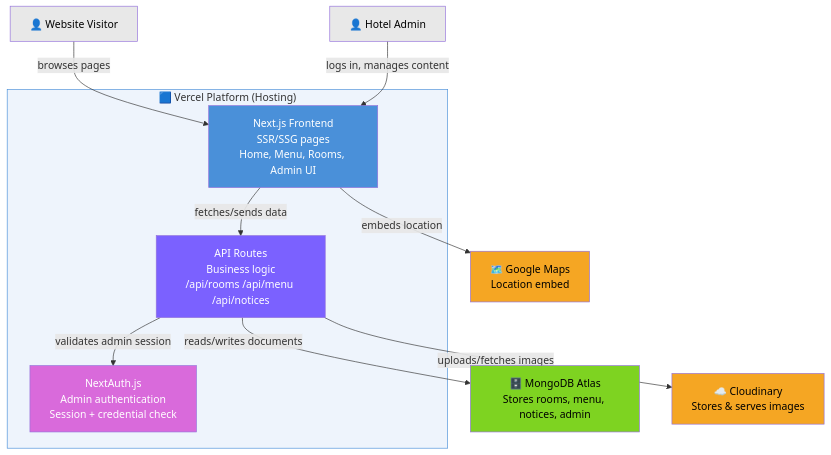
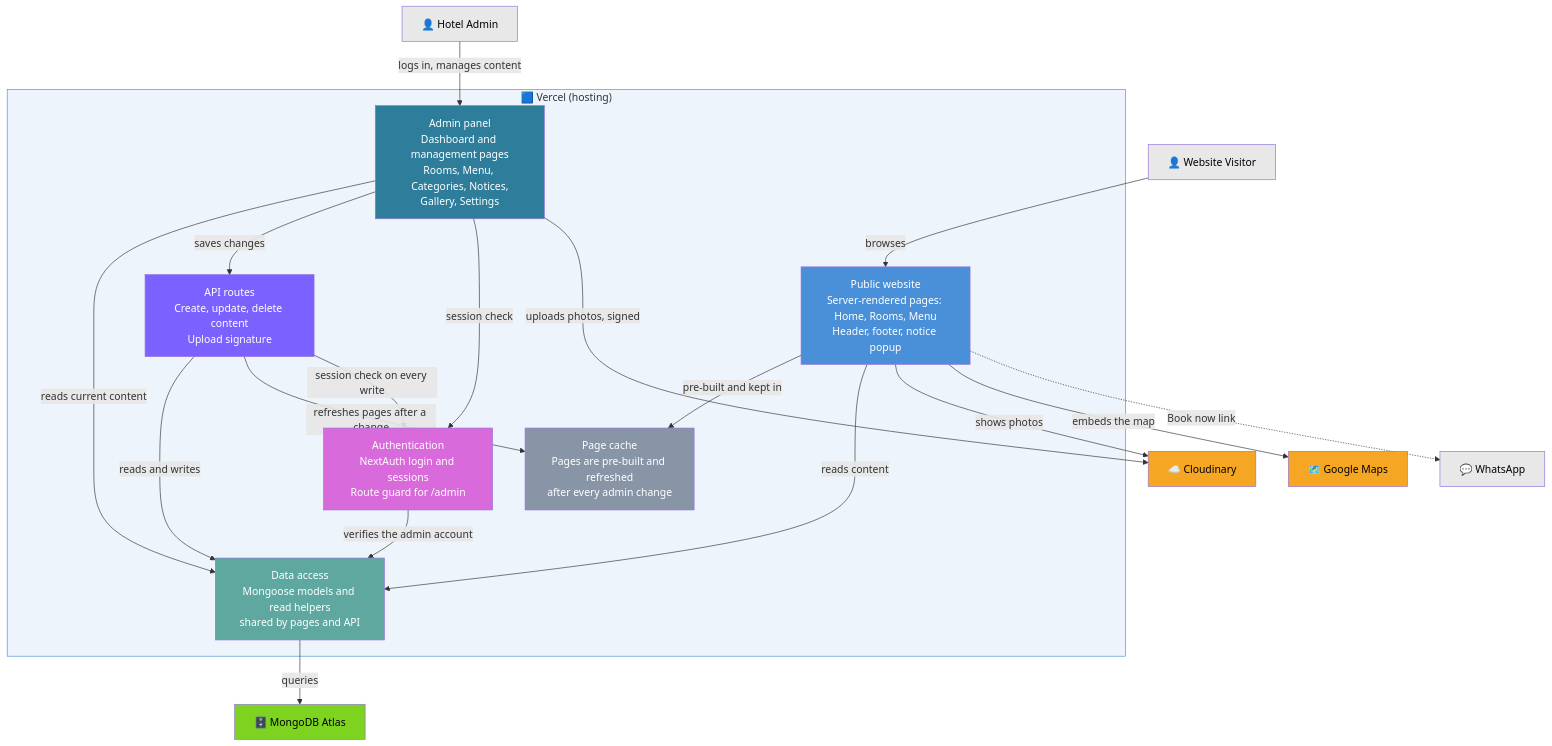
One commit to Reason-Dahal/Hotel-Heritage changed the diagram in docs/architecture/02-container.md. Above: the diagram before and after it, drawn with Mermaid. The commit also changed other lines of this file and 5 other files, not shown here.

Commit message:
docs: refresh c4 diagrams, schema, and api spec; add adr 0011

````diff
--- a/docs/architecture/02-container.md
+++ b/docs/architecture/02-container.md
@@ -8,35 +8,53 @@
 ```mermaid
 flowchart TB
     visitor["👤 Website Visitor"]
     admin["👤 Hotel Admin"]
 
-    subgraph vercel["🟦 Vercel Platform (Hosting)"]
-        frontend["Next.js Frontend<br/>SSR/SSG pages<br/>Home, Menu, Rooms, Admin UI"]
-        api["API Routes<br/>Business logic<br/>/api/rooms /api/menu /api/notices"]
-        auth["NextAuth.js<br/>Admin authentication<br/>Session + credential check"]
+    subgraph vercel["🟦 Vercel (hosting)"]
+        publicSite["Public website<br/>Server-rendered pages: Home, Rooms, Menu<br/>Header, footer, notice popup"]
+        adminPanel["Admin panel<br/>Dashboard and management pages<br/>Rooms, Menu, Categories, Notices,<br/>Gallery, Settings"]
+        api["API routes<br/>Create, update, delete content<br/>Upload signature"]
+        auth["Authentication<br/>NextAuth login and sessions<br/>Route guard for /admin"]
+        data["Data access<br/>Mongoose models and read helpers<br/>shared by pages and API"]
+        cache["Page cache<br/>Pages are pre-built and refreshed<br/>after every admin change"]
     end
 
-    mongo["🗄️ MongoDB Atlas<br/>Stores rooms, menu, notices, admin"]
-    cloudinary["☁️ Cloudinary<br/>Stores & serves images"]
-    maps["🗺️ Google Maps<br/>Location embed"]
+    mongo["🗄️ MongoDB Atlas"]
+    cloudinary["☁️ Cloudinary"]
+    maps["🗺️ Google Maps"]
+    whatsapp["💬 WhatsApp"]
 
-    visitor -->|"browses pages"| frontend
-    admin -->|"logs in, manages content"| frontend
+    visitor -->|"browses"| publicSite
+    admin -->|"logs in, manages content"| adminPanel
 
-    frontend -->|"fetches/sends data"| api
-    frontend -->|"embeds location"| maps
+    publicSite -->|"pre-built and kept in"| cache
+    publicSite -->|"reads content"| data
+    adminPanel -->|"reads current content"| data
+    adminPanel -->|"saves changes"| api
+    api -->|"reads and writes"| data
+    api -->|"refreshes pages after a change"| cache
 
-    api -->|"validates admin session"| auth
-    api -->|"reads/writes documents"| mongo
-    api -->|"uploads/fetches images"| cloudinary
+    adminPanel -->|"session check"| auth
+    api -->|"session check on every write"| auth
+    auth -->|"verifies the admin account"| data
+
+    data -->|"queries"| mongo
+    adminPanel -->|"uploads photos, signed"| cloudinary
+    publicSite -->|"shows photos"| cloudinary
+    publicSite -->|"embeds the map"| maps
+    publicSite -.->|"Book now link"| whatsapp
 
     style vercel fill:#eef4fc,stroke:#4A90D9
-    style frontend fill:#4A90D9,color:#fff
+    style publicSite fill:#4A90D9,color:#fff
+    style adminPanel fill:#2E7D9A,color:#fff
     style api fill:#7B61FF,color:#fff
     style auth fill:#D96ADB,color:#fff
+    style data fill:#5FA8A0,color:#fff
+    style cache fill:#8895A7,color:#fff
     style mongo fill:#7ED321,color:#000
     style cloudinary fill:#F5A623,color:#000
     style maps fill:#F5A623,color:#000
+    style whatsapp fill:#e8e8e8,color:#000
     style visitor fill:#e8e8e8,color:#000
     style admin fill:#e8e8e8,color:#000
 ```
````
